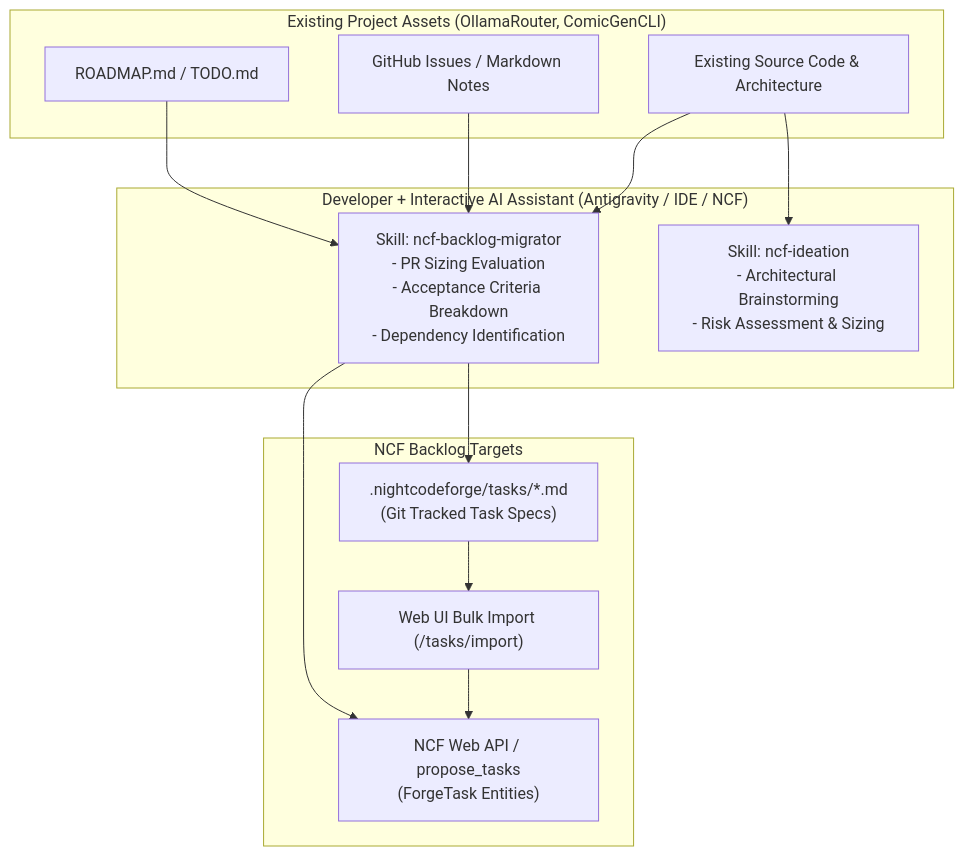
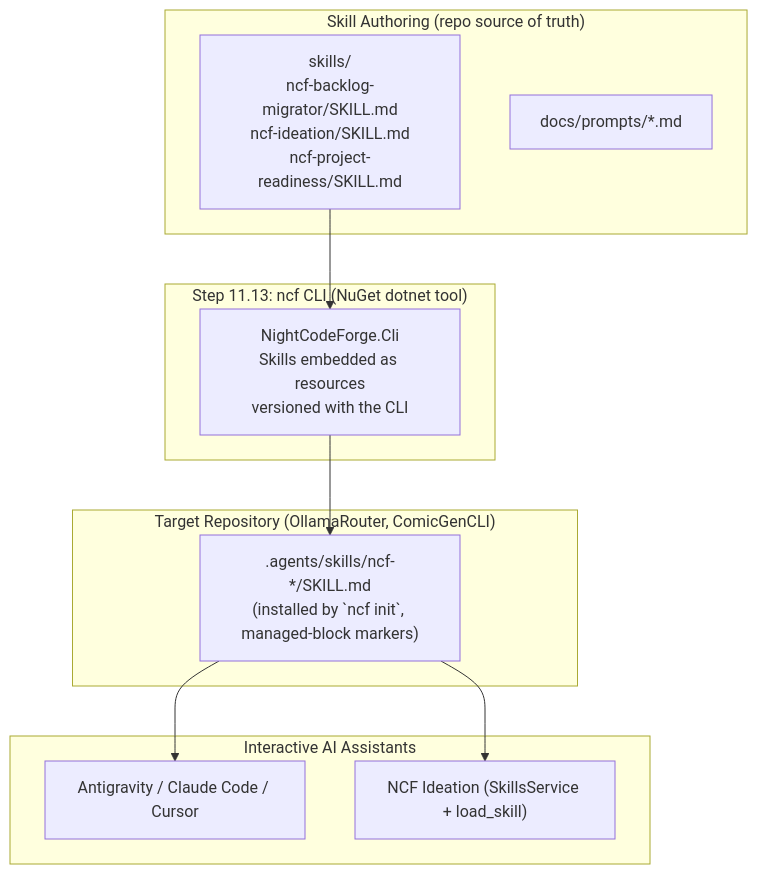
Before and after one commit to jetelain/NightCodeForge: the diagram in docs/plan/phase-11/STEP_11_12_BACKLOG_MIGRATION_AND_IDEATION_SKILLS.md, drawn with Mermaid. The commit also changed other lines of this file and 3 other files, not shown here.

````diff
--- a/docs/plan/phase-11/STEP_11_12_BACKLOG_MIGRATION_AND_IDEATION_SKILLS.md
+++ b/docs/plan/phase-11/STEP_11_12_BACKLOG_MIGRATION_AND_IDEATION_SKILLS.md
@@ -29,28 +33,24 @@
 ```mermaid
 flowchart TD
-    subgraph ExternalSources ["Existing Project Assets (OllamaRouter, ComicGenCLI)"]
-        Roadmap["ROADMAP.md / TODO.md"]
-        GHIssues["GitHub Issues / Markdown Notes"]
-        Codebase["Existing Source Code & Architecture"]
+    subgraph Authoring ["Skill Authoring (repo source of truth)"]
+        SrcSkills["skills/<br/>ncf-backlog-migrator/SKILL.md<br/>ncf-ideation/SKILL.md<br/>ncf-project-readiness/SKILL.md"]
+        Prompts["docs/prompts/*.md"]
     end
 
-    subgraph InteractiveAgent ["Developer + Interactive AI Assistant (Antigravity / IDE / NCF)"]
-        SkillMigrate["Skill: ncf-backlog-migrator<br/>- PR Sizing Evaluation<br/>- Acceptance Criteria Breakdown<br/>- Dependency Identification"]
-        SkillIdeate["Skill: ncf-ideation<br/>- Architectural Brainstorming<br/>- Risk Assessment & Sizing"]
+    subgraph Packaging ["Step 11.13: ncf CLI (NuGet dotnet tool)"]
+        Cli["NightCodeForge.Cli<br/>Skills embedded as resources<br/>versioned with the CLI"]
     end
 
-    subgraph OutputTargets ["NCF Backlog Targets"]
-        DirectDB["NCF Web API / propose_tasks<br/>(ForgeTask Entities)"]
-        MarkdownFiles[".nightcodeforge/tasks/*.md<br/>(Git Tracked Task Specs)"]
-        BulkImport["Web UI Bulk Import (/tasks/import)"]
+    subgraph TargetRepo ["Target Repository (OllamaRouter, ComicGenCLI)"]
+        Agents[".agents/skills/ncf-*/SKILL.md<br/>(installed by `ncf init`, managed-block markers)"]
     end
 
-    Roadmap --> SkillMigrate
-    GHIssues --> SkillMigrate
-    Codebase --> SkillMigrate
-    Codebase --> SkillIdeate
+    subgraph Consumers ["Interactive AI Assistants"]
+        ExtIDE["Antigravity / Claude Code / Cursor"]
+        Ncf["NCF Ideation (SkillsService + load_skill)"]
+    end
 
-    SkillMigrate --> DirectDB
-    SkillMigrate --> MarkdownFiles
-    MarkdownFiles --> BulkImport --> DirectDB
+    SrcSkills --> Cli --> Agents
+    Agents --> ExtIDE
+    Agents --> Ncf
 ```
````
